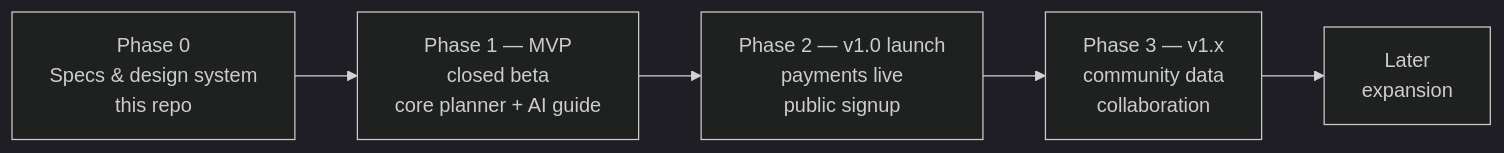
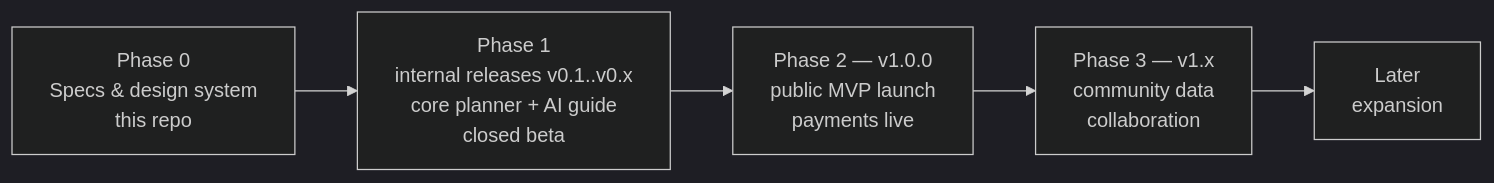
Before and after one commit to arnego/sommerferie2026: the first of 2 diagrams in product_plan/10-roadmap.md, drawn with Mermaid (dark theme). The commit also changed other lines of this file and 24 other files, not shown here.

````diff
--- a/product_plan/10-roadmap.md
+++ b/product_plan/10-roadmap.md
@@ -10,7 +10,7 @@
 ```mermaid
 flowchart LR
-    P0[Phase 0<br/>Specs & design system<br/>this repo] --> P1[Phase 1 — MVP<br/>closed beta<br/>core planner + AI guide]
-    P1 --> P2[Phase 2 — v1.0 launch<br/>payments live<br/>public signup]
+    P0[Phase 0<br/>Specs & design system<br/>this repo] --> P1[Phase 1<br/>internal releases v0.1..v0.x<br/>core planner + AI guide<br/>closed beta]
+    P1 --> P2[Phase 2 — v1.0.0<br/>public MVP launch<br/>payments live]
     P2 --> P3[Phase 3 — v1.x<br/>community data<br/>collaboration]
     P3 --> P4[Later<br/>expansion]
 ```
````
